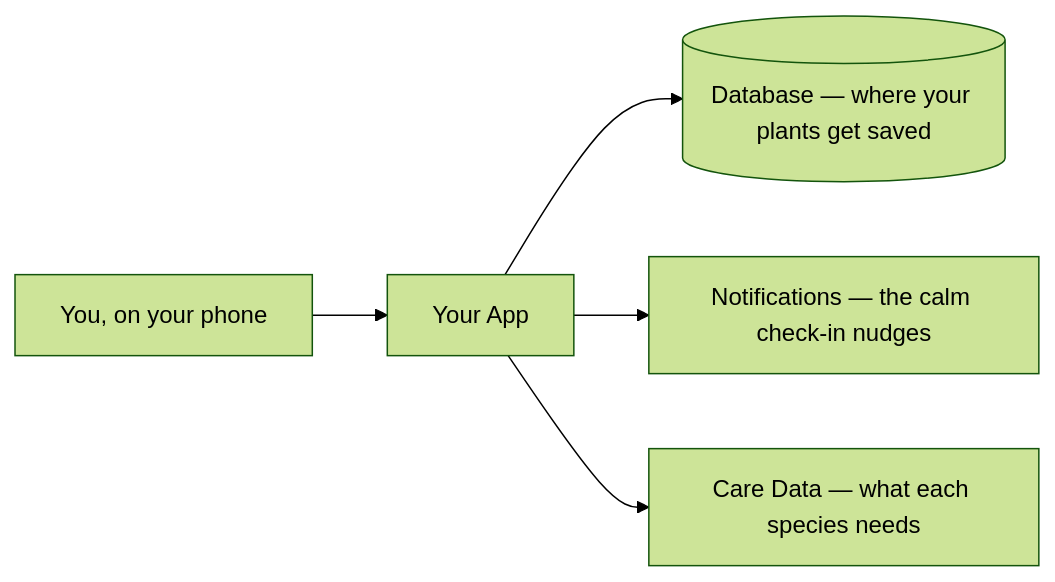
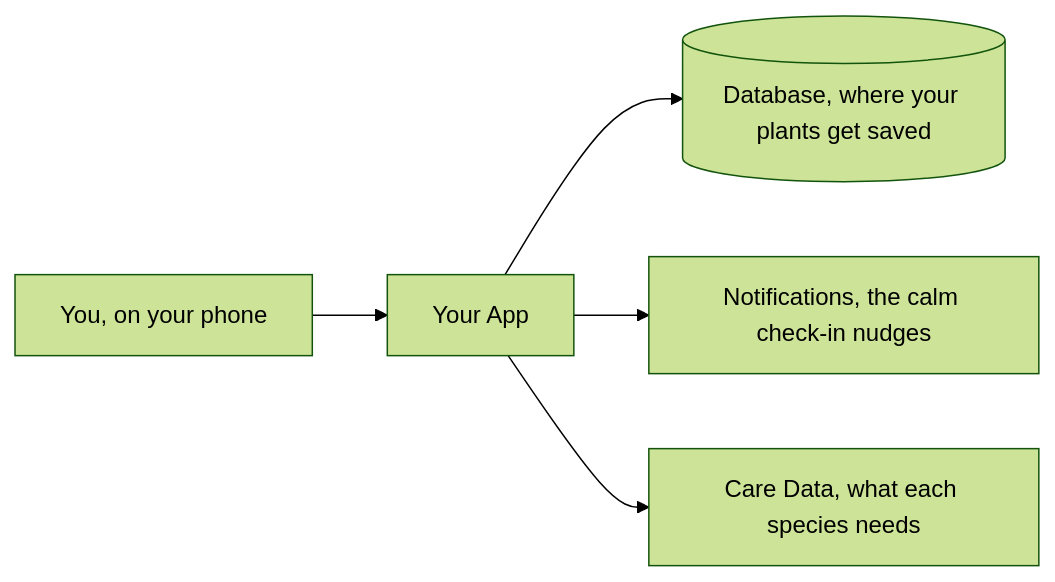
Before and after one commit to TexasBedouin/vibe-check: the fifth of 7 diagrams in examples/plant-watering.md, drawn with Mermaid (forest theme). The commit also changed other lines of this file and 27 other files, not shown here.

First line of the commit message:
release: v2.0.0 - Visual diagram system, Experience Blueprint spine, Crazy 8, confidence dial, wide-net discovery

````diff
--- a/examples/plant-watering.md
+++ b/examples/plant-watering.md
@@ -297,7 +297,7 @@
 ```mermaid
 flowchart LR
     U[You, on your phone] --> APP[Your App]
-    APP --> DB[(Database — where your plants get saved)]
-    APP --> PUSH[Notifications — the calm check-in nudges]
-    APP --> CARE[Care Data — what each species needs]
+    APP --> DB[(Database, where your plants get saved)]
+    APP --> PUSH[Notifications, the calm check-in nudges]
+    APP --> CARE[Care Data, what each species needs]
 ```
````
